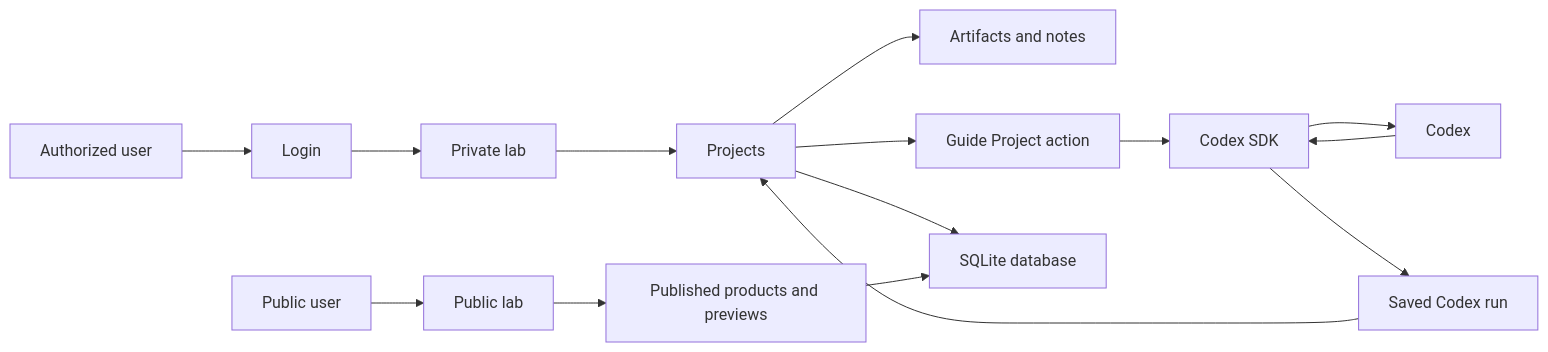
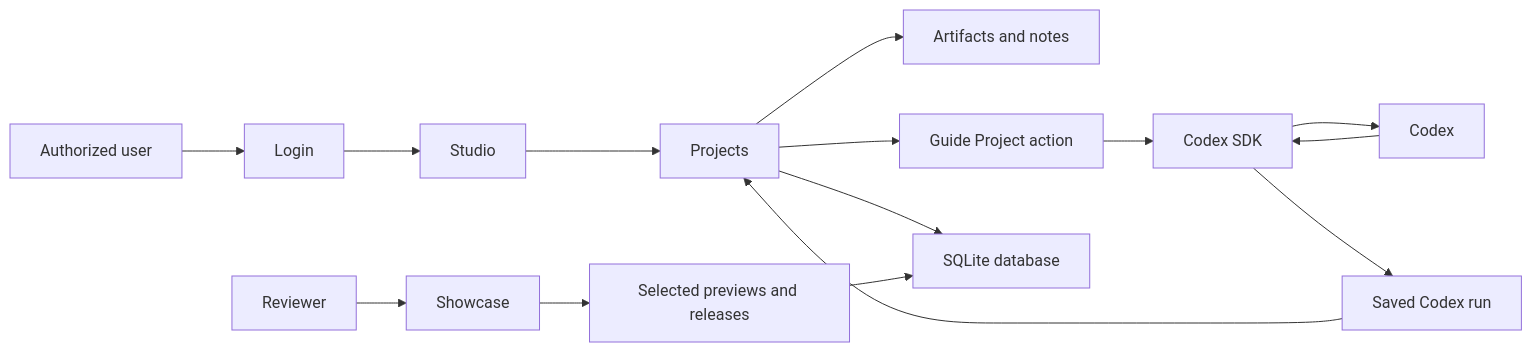
The diagram in docs/adr/0001-creative-ip-lab-architecture.md (mgosal/creative-ip-lab), drawn with Mermaid before and after one commit. The commit also changed other lines of this file and 14 other files, not shown here.

````diff
--- a/docs/adr/0001-creative-ip-lab-architecture.md
+++ b/docs/adr/0001-creative-ip-lab-architecture.md
@@ -75,17 +75,17 @@
 ```mermaid
 flowchart LR
-    PublicUser["Public user"] --> PublicLab["Public lab"]
+    Reviewer["Reviewer"] --> Showcase["Showcase"]
     LabUser["Authorized user"] --> Login["Login"]
-    Login --> PrivateLab["Private lab"]
-    PrivateLab --> Projects["Projects"]
+    Login --> Studio["Studio"]
+    Studio --> Projects["Projects"]
     Projects --> Artifacts["Artifacts and notes"]
     Projects --> CodexAction["Guide Project action"]
     CodexAction --> CodexSDK["Codex SDK"]
     CodexSDK --> Codex["Codex"]
     Codex --> CodexSDK
     CodexSDK --> CodexRun["Saved Codex run"]
     CodexRun --> Projects
     Projects --> SQLite["SQLite database"]
-    PublicLab --> Published["Published products and previews"]
-    Published --> SQLite
+    Showcase --> Previewed["Selected previews and releases"]
+    Previewed --> SQLite
 ```
````
